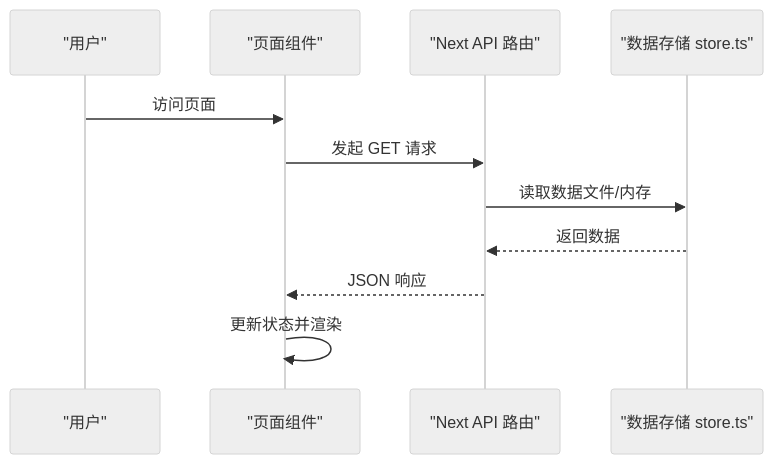
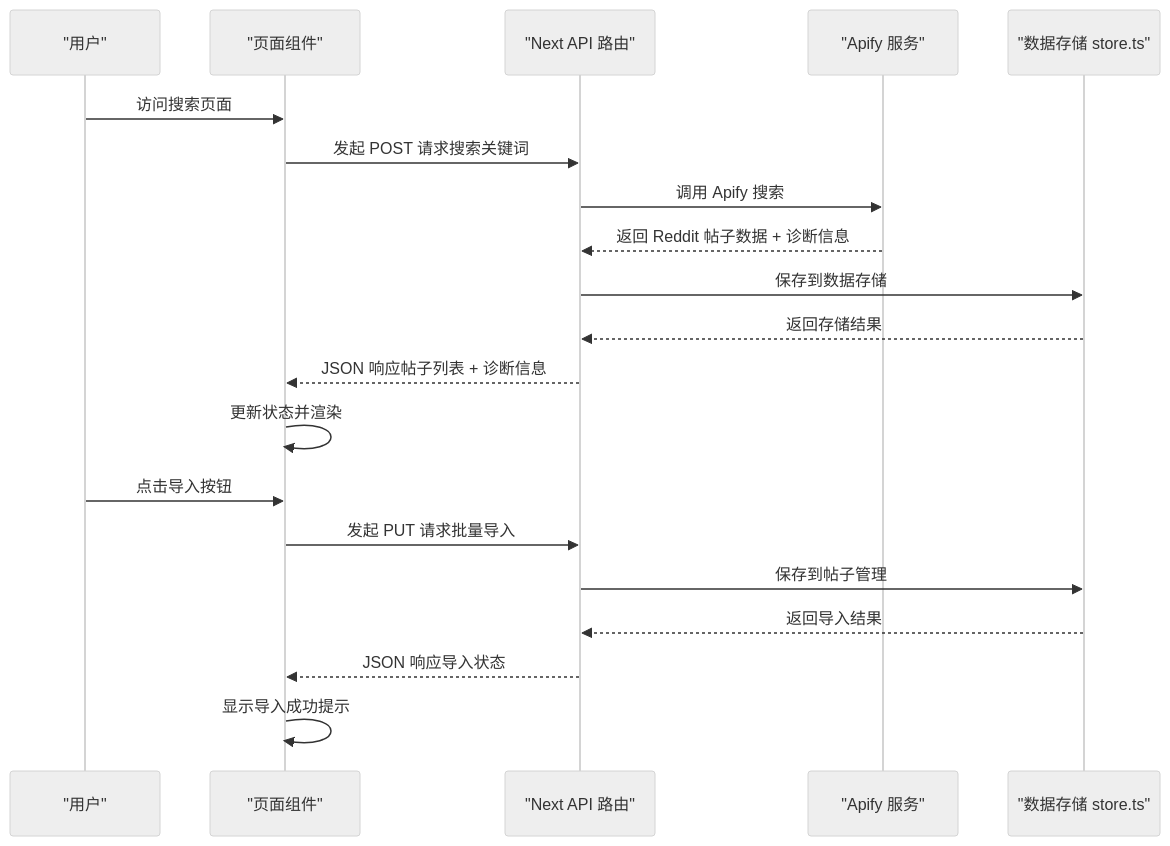
Before and after one commit to zezzezzez/reddit: the second of 5 diagrams in .qoder/repowiki/zh/content/前端界面/前端界面.md, drawn with Mermaid (neutral theme). The commit also changed other lines of this file and 21 other files, not shown here.

````diff
--- a/.qoder/repowiki/zh/content/前端界面/前端界面.md
+++ b/.qoder/repowiki/zh/content/前端界面/前端界面.md
@@ -110,13 +132,22 @@
 ```mermaid
 sequenceDiagram
 participant U as "用户"
 participant P as "页面组件"
 participant API as "Next API 路由"
+participant A as "Apify 服务"
 participant S as "数据存储 store.ts"
-U->>P : 访问页面
-P->>API : 发起 GET 请求
-API->>S : 读取数据文件/内存
-S-->>API : 返回数据
-API-->>P : JSON 响应
+U->>P : 访问搜索页面
+P->>API : 发起 POST 请求搜索关键词
+API->>A : 调用 Apify 搜索
+A-->>API : 返回 Reddit 帖子数据 + 诊断信息
+API->>S : 保存到数据存储
+S-->>API : 返回存储结果
+API-->>P : JSON 响应帖子列表 + 诊断信息
 P->>P : 更新状态并渲染
+U->>P : 点击导入按钮
+P->>API : 发起 PUT 请求批量导入
+API->>S : 保存到帖子管理
+S-->>API : 返回导入结果
+API-->>P : JSON 响应导入状态
+P->>P : 显示导入成功提示
 ```
````
